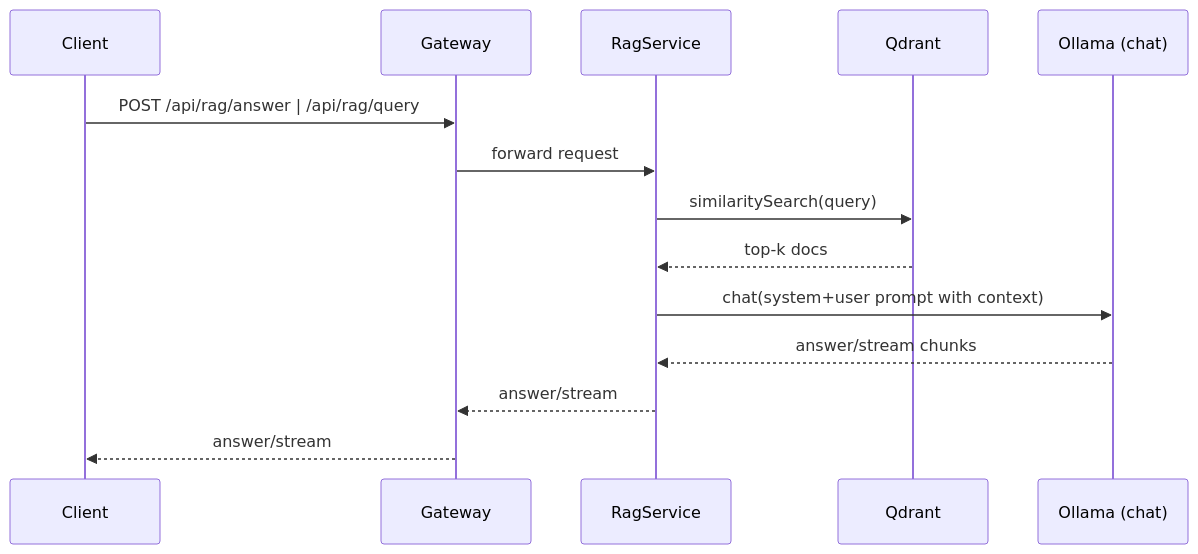
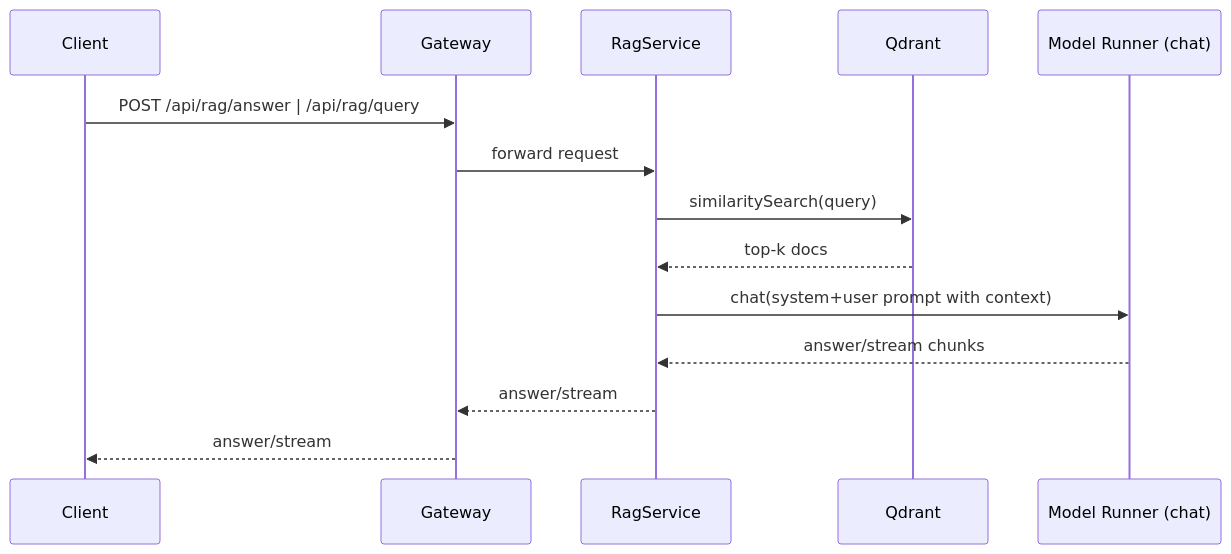
The third of 4 diagrams in docs/rag-call-flow.md (dbeaumont/knowledge-app), drawn with Mermaid before and after one commit. The commit also changed other lines of this file and 56 other files, not shown here.

````diff
--- a/docs/rag-call-flow.md
+++ b/docs/rag-call-flow.md
@@ -55,17 +63,17 @@
 ```mermaid
 sequenceDiagram
     participant Client
     participant Gateway
     participant RagService
     participant Qdrant
-    participant Ollama as Ollama (chat)
+    participant ModelRunner as Model Runner (chat)
 
     Client->>Gateway: POST /api/rag/answer | /api/rag/query
     Gateway->>RagService: forward request
     RagService->>Qdrant: similaritySearch(query)
     Qdrant-->>RagService: top-k docs
-    RagService->>Ollama: chat(system+user prompt with context)
-    Ollama-->>RagService: answer/stream chunks
+    RagService->>ModelRunner: chat(system+user prompt with context)
+    ModelRunner-->>RagService: answer/stream chunks
     RagService-->>Gateway: answer/stream
     Gateway-->>Client: answer/stream
 ```
````
